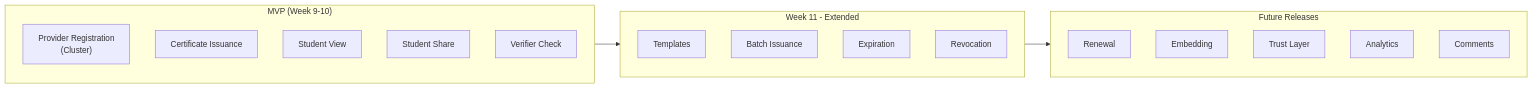
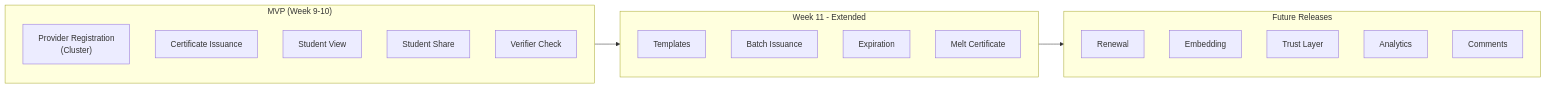
Before and after one commit to hiepthach/CertifyCKB: the first of 4 diagrams in doc/Requirement_analysis/Project_Analysis.md, drawn with Mermaid. The commit also changed other lines of this file and 25 other files, not shown here.

Commit message:
refactor: remove revocation logic in favor of certificate melting and update associated documentation and tests

````diff
--- a/doc/Requirement_analysis/Project_Analysis.md
+++ b/doc/Requirement_analysis/Project_Analysis.md
@@ -59,27 +59,27 @@
 ```mermaid
 graph LR
     subgraph MVP["MVP (Week 9-10)"]
         F1["Provider Registration<br/>(Cluster)"]
         F2["Certificate Issuance"]
         F3["Student View"]
         F4["Student Share"]
         F5["Verifier Check"]
     end
 
     subgraph Extended1["Week 11 - Extended"]
         F6["Templates"]
         F7["Batch Issuance"]
         F8["Expiration"]
-        F10["Revocation"]
+        F10["Melt Certificate"]
     end
 
     subgraph Future["Future Releases"]
         F9["Renewal"]
         F11["Embedding"]
         F12["Trust Layer"]
         F13["Analytics"]
         F14["Comments"]
     end
 
     MVP --> Extended1 --> Future
 ```
````
